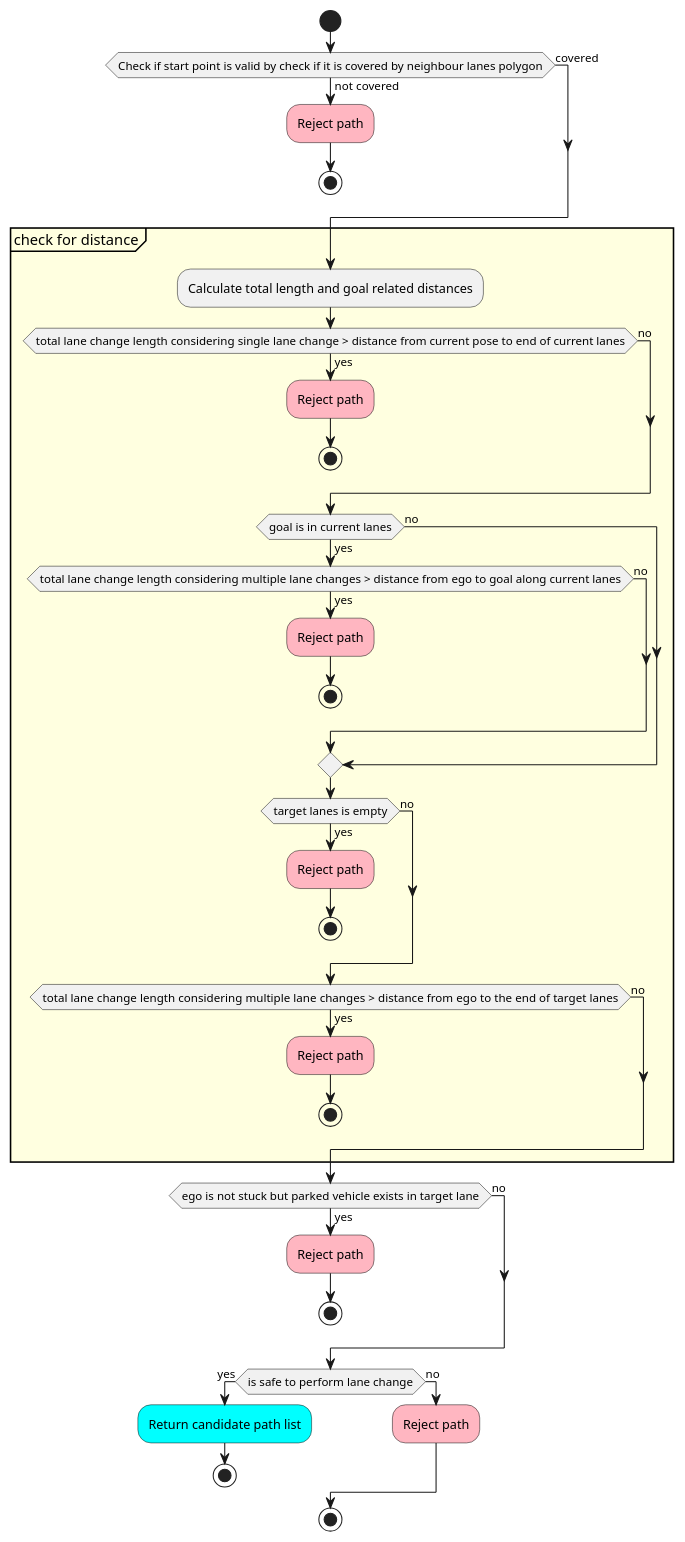
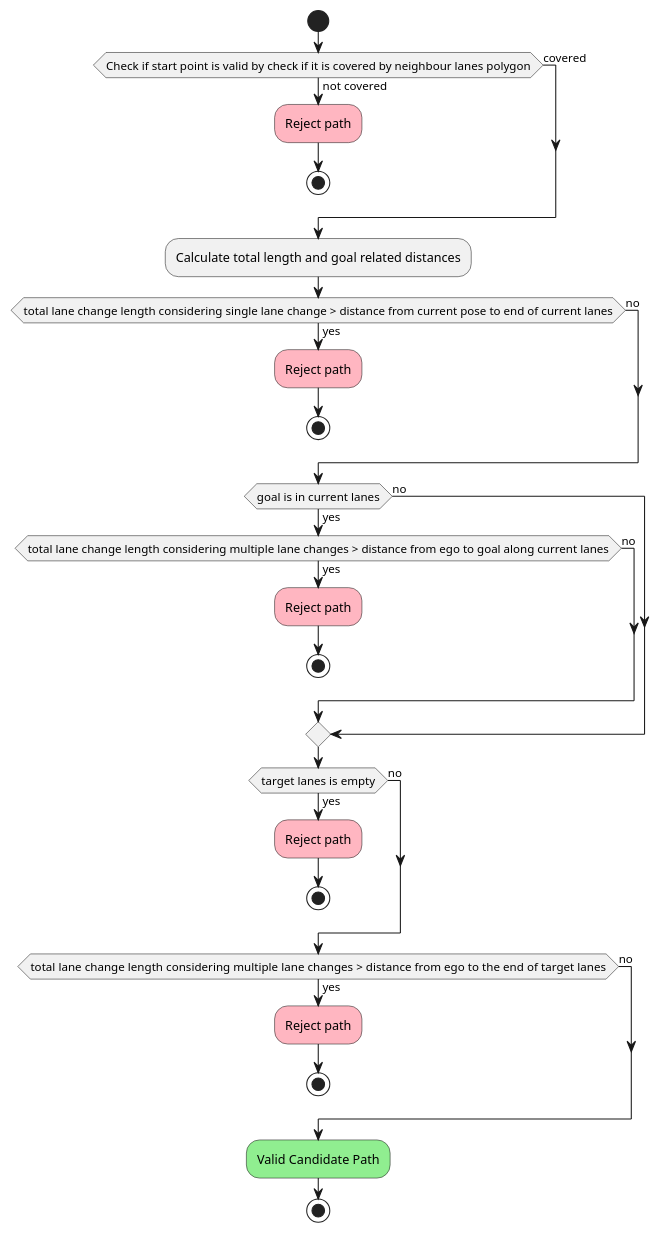
One commit to knzo25/autoware.universe changed the seventh of 13 diagrams in planning/behavior_path_planner/autoware_behavior_path_lane_change_module/README.md. Above: the diagram before and after it, drawn with PlantUML. The commit also changed other lines of this file and 1981 other files, not shown here.

````diff
--- a/planning/behavior_path_planner/autoware_behavior_path_lane_change_module/README.md
+++ b/planning/behavior_path_planner/autoware_behavior_path_lane_change_module/README.md
@@ -295,58 +535,44 @@
 ```plantuml
 @startuml
 skinparam defaultTextAlignment center
 skinparam backgroundColor #White
 
 start
 if (Check if start point is valid by check if it is covered by neighbour lanes polygon) then (not covered)
   #LightPink:Reject path;
   stop
 else (covered)
 endif
 
-group check for distance #LightYellow
-    :Calculate total length and goal related distances;
-    if (total lane change length considering single lane change > distance from current pose to end of current lanes) then (yes)
-      #LightPink:Reject path;
-      stop
-    else (no)
-    endif
-
-    if (goal is in current lanes) then (yes)
-      if (total lane change length considering multiple lane changes > distance from ego to goal along current lanes) then (yes)
-         #LightPink:Reject path;
-        stop
-      else (no)
-      endif
-    else (no)
-    endif
-
-    if (target lanes is empty) then (yes)
-      #LightPink:Reject path;
-      stop
-    else (no)
-    endif
-    if (total lane change length considering multiple lane changes  > distance from ego to the end of target lanes) then (yes)
-      #LightPink:Reject path;
-      stop
-    else (no)
-    endif
-end group
-
-if (ego is not stuck but parked vehicle exists in target lane) then (yes)
+:Calculate total length and goal related distances;
+if (total lane change length considering single lane change > distance from current pose to end of current lanes) then (yes)
   #LightPink:Reject path;
   stop
 else (no)
 endif
 
-if (is safe to perform lane change) then (yes)
-  #Cyan:Return candidate path list;
+if (goal is in current lanes) then (yes)
+  if (total lane change length considering multiple lane changes > distance from ego to goal along current lanes) then (yes)
+      #LightPink:Reject path;
+    stop
+  else (no)
+  endif
+else (no)
+endif
+
+if (target lanes is empty) then (yes)
+  #LightPink:Reject path;
   stop
 else (no)
+endif
+if (total lane change length considering multiple lane changes  > distance from ego to the end of target lanes) then (yes)
   #LightPink:Reject path;
+  stop
+else (no)
 endif
 
+#LightGreen:Valid Candidate Path;
 stop
 
 @enduml
 ```
````
